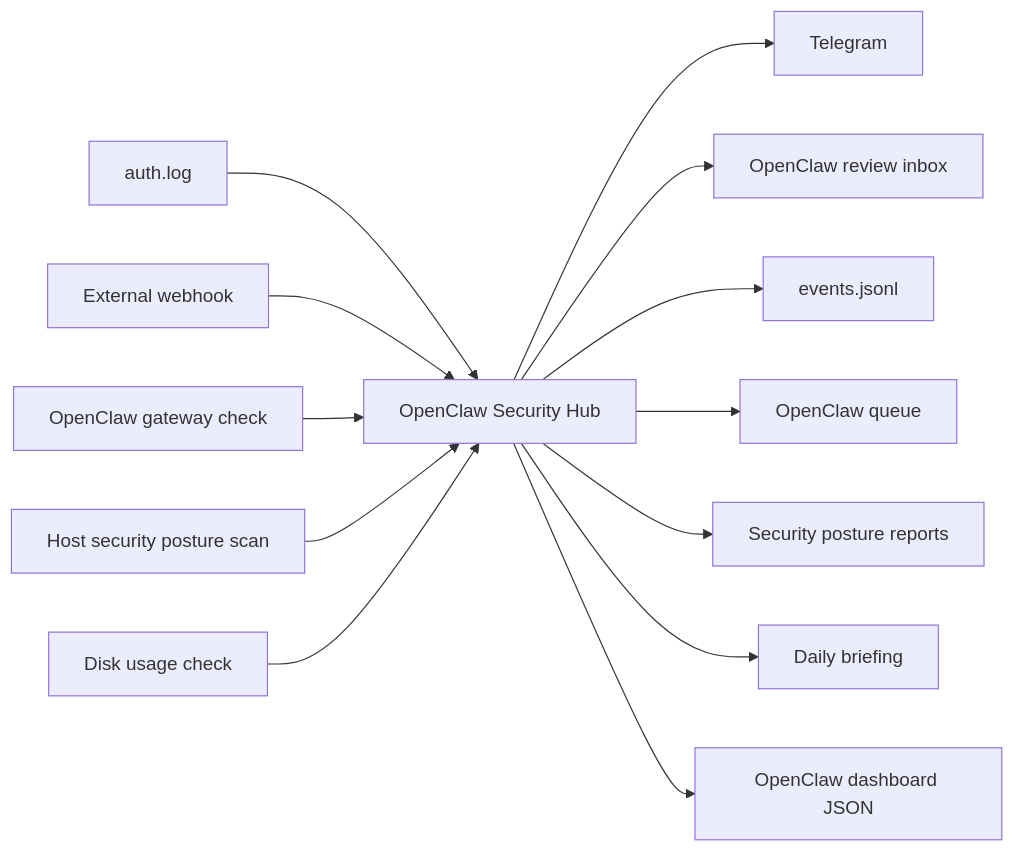
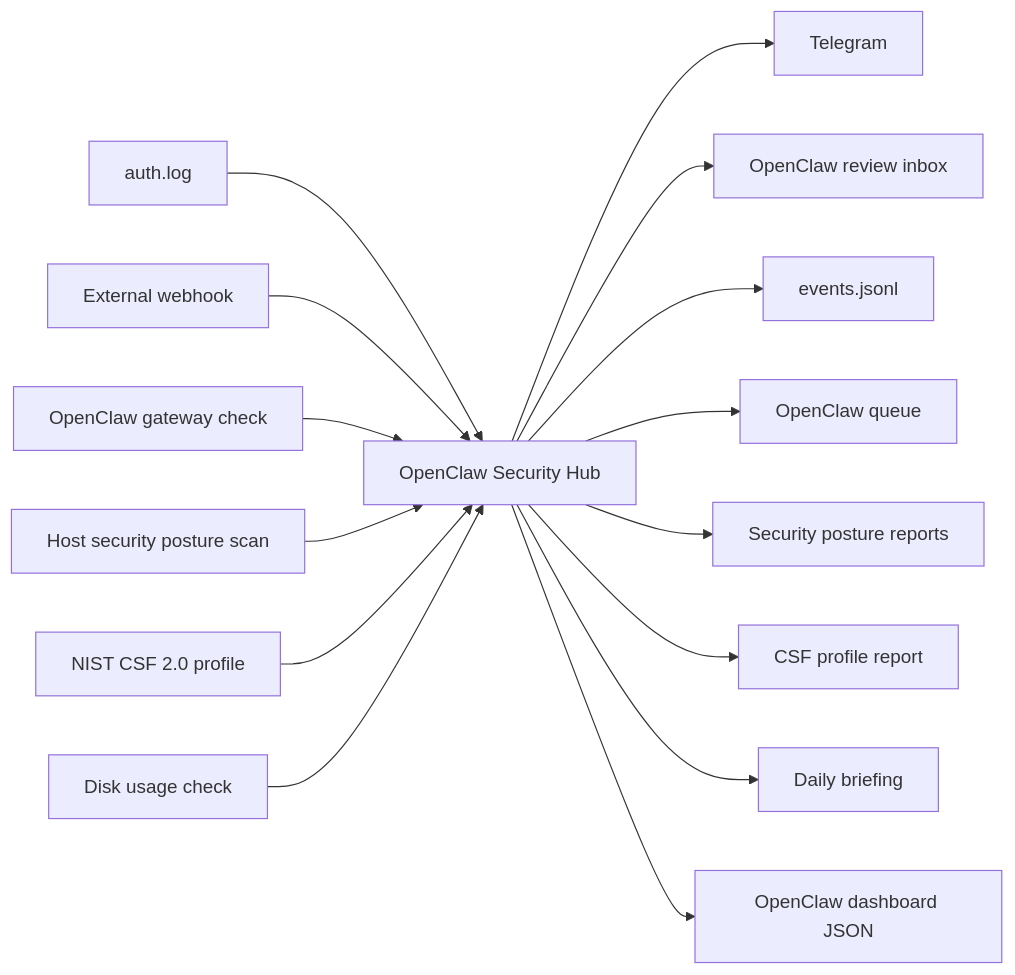
The diagram in README.md (DarkDav1/openclaw-security-hub), drawn with Mermaid before and after one commit. The commit also changed other lines of this file and 7 other files, not shown here.

Commit message:
Add NIST CSF aligned assessment

````diff
--- a/README.md
+++ b/README.md
@@ -25,15 +27,17 @@
 ```mermaid
 flowchart LR
   SSH["auth.log"] --> Hub["OpenClaw Security Hub"]
   Webhook["External webhook"] --> Hub
   Gateway["OpenClaw gateway check"] --> Hub
   Posture["Host security posture scan"] --> Hub
+  CSF["NIST CSF 2.0 profile"] --> Hub
   Disk["Disk usage check"] --> Hub
   Hub --> TG["Telegram"]
   Hub --> Inbox["OpenClaw review inbox"]
   Hub --> Events["events.jsonl"]
   Hub --> Queue["OpenClaw queue"]
   Hub --> Reports["Security posture reports"]
+  Hub --> CSFReport["CSF profile report"]
   Hub --> Briefing["Daily briefing"]
   Hub --> Dashboard["OpenClaw dashboard JSON"]
 ```
````
